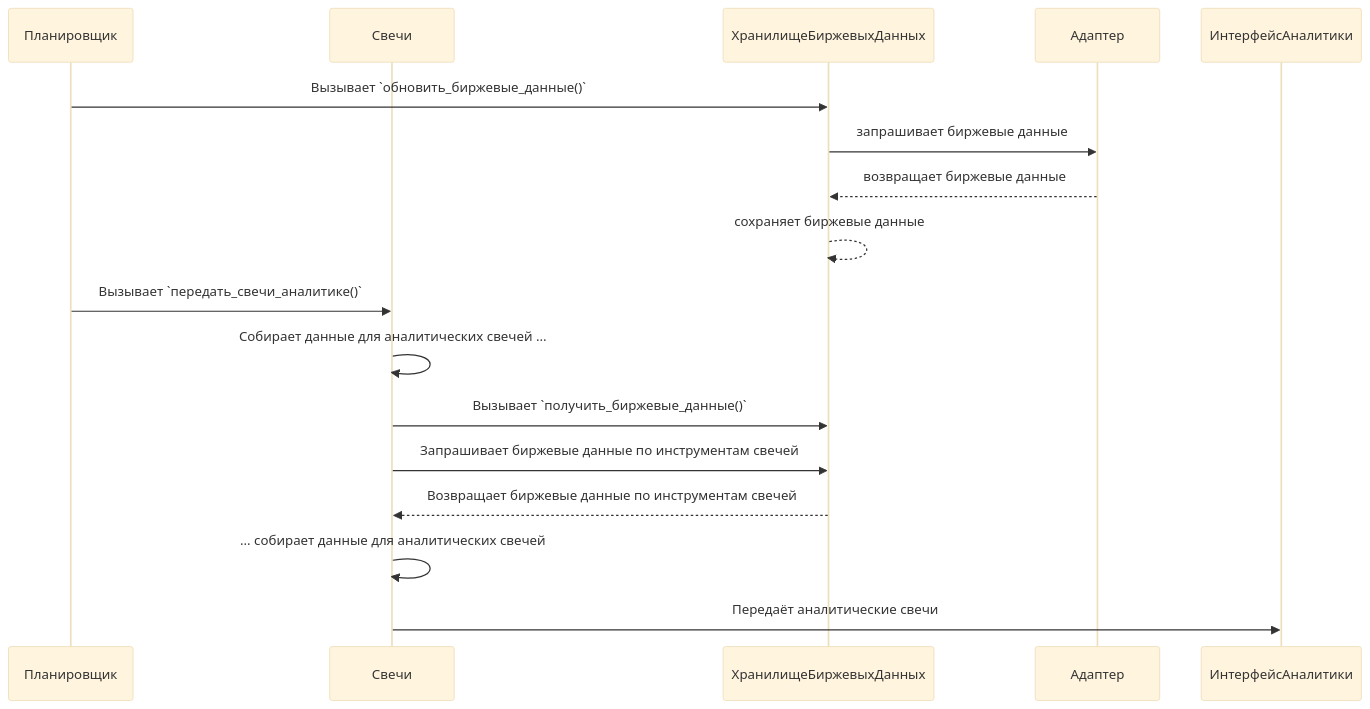
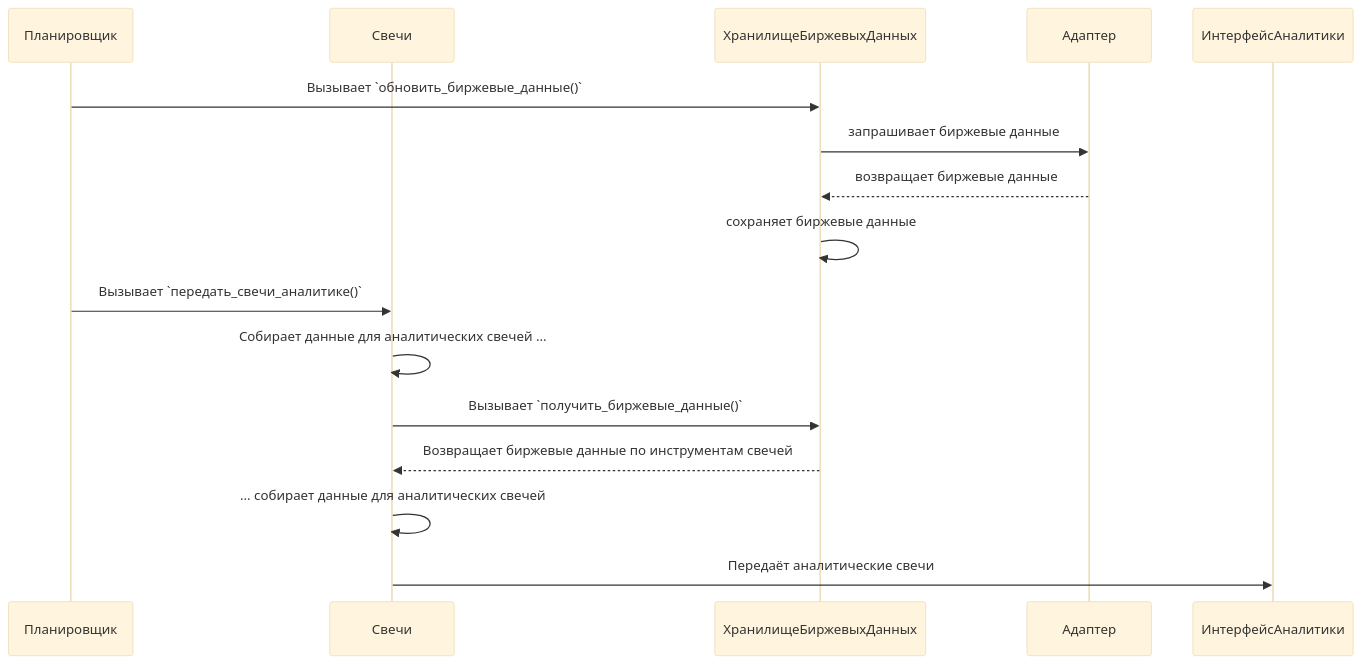
Before and after one commit to Marat22/MiriadRobotDocs: diagram 19 of 22 in robot-logic.md, drawn with Mermaid (base theme). The commit also changed other lines of this file, not shown here.

````diff
--- a/robot-logic.md
+++ b/robot-logic.md
@@ -373,20 +351,19 @@
 ```mermaid
 sequenceDiagram
   participant Планировщик
   participant Свечи
   participant ХранилищеБиржевыхДанных
   participant Адаптер
   participant ИнтерфейсАналитики
 
   Планировщик->>ХранилищеБиржевыхДанных: Вызывает `обновить_биржевые_данные()`
   ХранилищеБиржевыхДанных->>Адаптер: запрашивает биржевые данные
   Адаптер-->>ХранилищеБиржевыхДанных: возвращает биржевые данные
-  ХранилищеБиржевыхДанных-->>ХранилищеБиржевыхДанных: сохраняет биржевые данные
+  ХранилищеБиржевыхДанных->>ХранилищеБиржевыхДанных: сохраняет биржевые данные
   Планировщик->>Свечи: Вызывает `передать_свечи_аналитике()`
   Свечи->>Свечи: Собирает данные для аналитических свечей ...
   Свечи->>ХранилищеБиржевыхДанных: Вызывает `получить_биржевые_данные()`
-  Свечи->>ХранилищеБиржевыхДанных: Запрашивает биржевые данные по инструментам свечей
   ХранилищеБиржевыхДанных-->>Свечи: Возвращает биржевые данные по инструментам свечей
   Свечи->>Свечи: ... собирает данные для аналитических свечей
   Свечи->>ИнтерфейсАналитики: Передаёт аналитические свечи  
 ```
````
